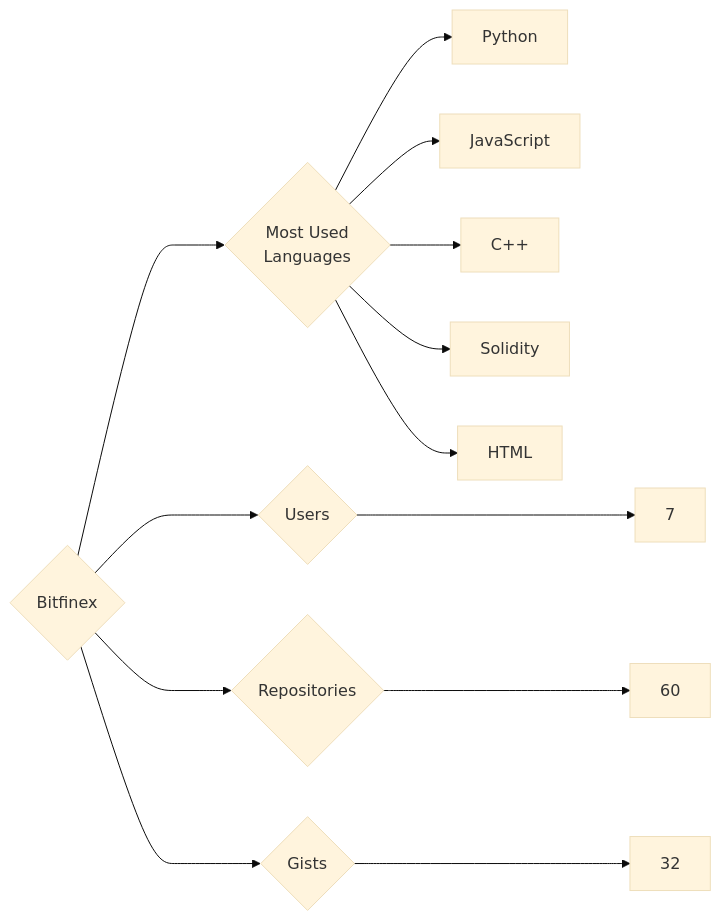
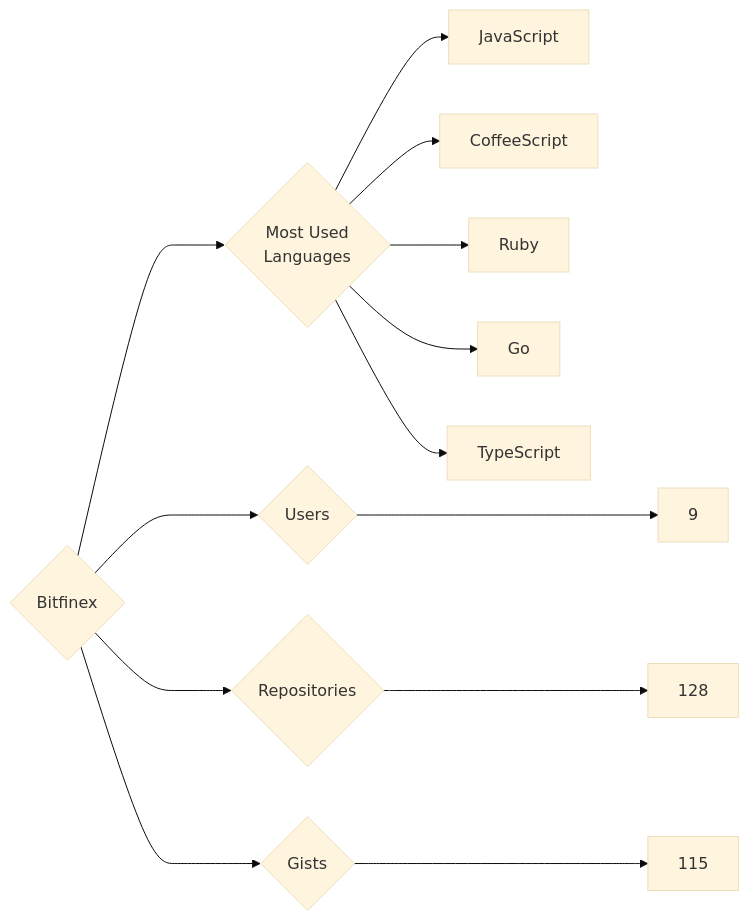
The diagram in targets/Bitfinex/README.md (trickest/insiders), drawn with Mermaid (base theme) before and after one commit. The commit also changed 1088 other files, not shown here.

````diff
--- a/targets/Bitfinex/README.md
+++ b/targets/Bitfinex/README.md
@@ -3,13 +3,13 @@
 ```mermaid
 graph LR
 COMPANY_NAME{Bitfinex}
-COMPANY_NAME ---> U{Users} ---> UN[7]
-COMPANY_NAME ---> R{Repositories} ---> RN[60]
-COMPANY_NAME ---> G{Gists} ---> GN[32]
+COMPANY_NAME ---> U{Users} ---> UN[9]
+COMPANY_NAME ---> R{Repositories} ---> RN[128]
+COMPANY_NAME ---> G{Gists} ---> GN[115]
 COMPANY_NAME ---> ML{Most Used<br>Languages}
-ML --> Python[Python]
 ML --> JavaScript[JavaScript]
-ML --> C++[C++]
-ML --> Solidity[Solidity]
-ML --> HTML[HTML]
+ML --> CoffeeScript[CoffeeScript]
+ML --> Ruby[Ruby]
+ML --> Go[Go]
+ML --> TypeScript[TypeScript]
 ```
````
